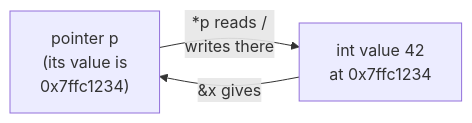
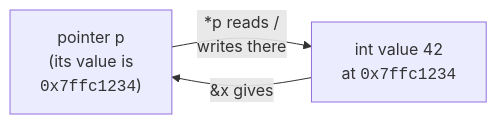
Before and after one commit to dataslope/dataslope: the diagram in content/learn/systems-programming-c/pointers.mdx, drawn with Mermaid. The commit also changed 100 other files, not shown here.

First line of the commit message:
Wrap more code in diagram labels: filenames, hex, assignments, subgraph titles

````diff
--- a/content/learn/systems-programming-c/pointers.mdx
+++ b/content/learn/systems-programming-c/pointers.mdx
@@ -57,5 +57,5 @@
 ```mermaid
 flowchart LR
-    P["pointer p<br/>(its value is<br/>0x7ffc1234)"] -->|*p reads /<br/>writes there| V["int value 42<br/>at 0x7ffc1234"]
+    P["pointer p<br/>(its value is<br/><code>0x7ffc1234</code>)"] -->|*p reads /<br/>writes there| V["int value 42<br/>at <code>0x7ffc1234</code>"]
     V -->|&x gives| P
 ```
````
